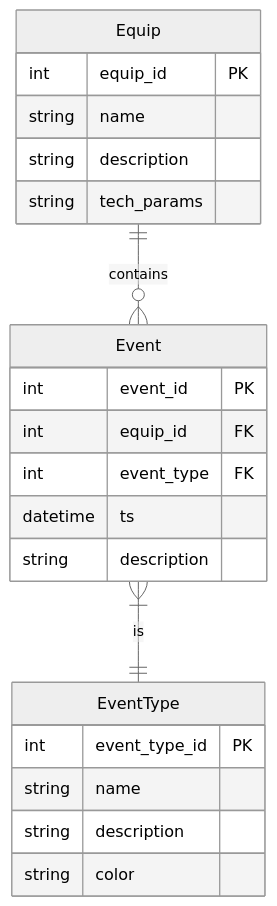
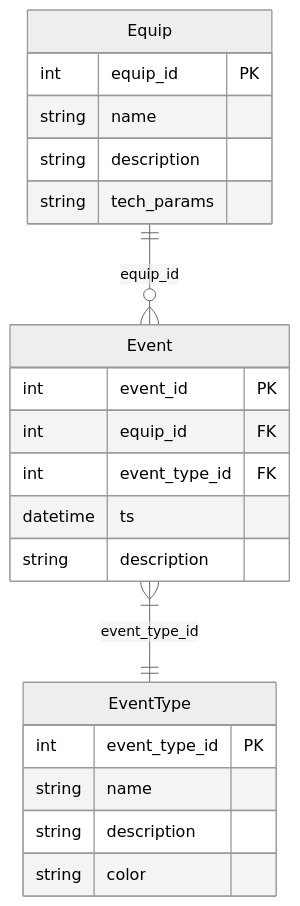
Before and after one commit to Konstantin-Dudersky/maintenance: the diagram in docs/database.md, drawn with Mermaid. The commit also changed 11 other files, not shown here.

````diff
--- a/docs/database.md
+++ b/docs/database.md
@@ -3,25 +3,25 @@
 ```mermaid
 %%{init: {'theme':'neutral'}}%%
 erDiagram
- 	Equip ||--o{ Event : contains
- 	Event }|--|| EventType : is
+ 	Equip ||--o{ Event : equip_id
+ 	Event }|--|| EventType : event_type_id
     Equip {
         int equip_id PK
         string name
         string description
         string tech_params
     }
     Event {
     	int event_id PK
     	int equip_id FK
-    	int event_type FK
+    	int event_type_id FK
     	datetime ts
     	string description
     }
     EventType {
     	int event_type_id PK
     	string name
     	string description
     	string color
     }
 ```
````
